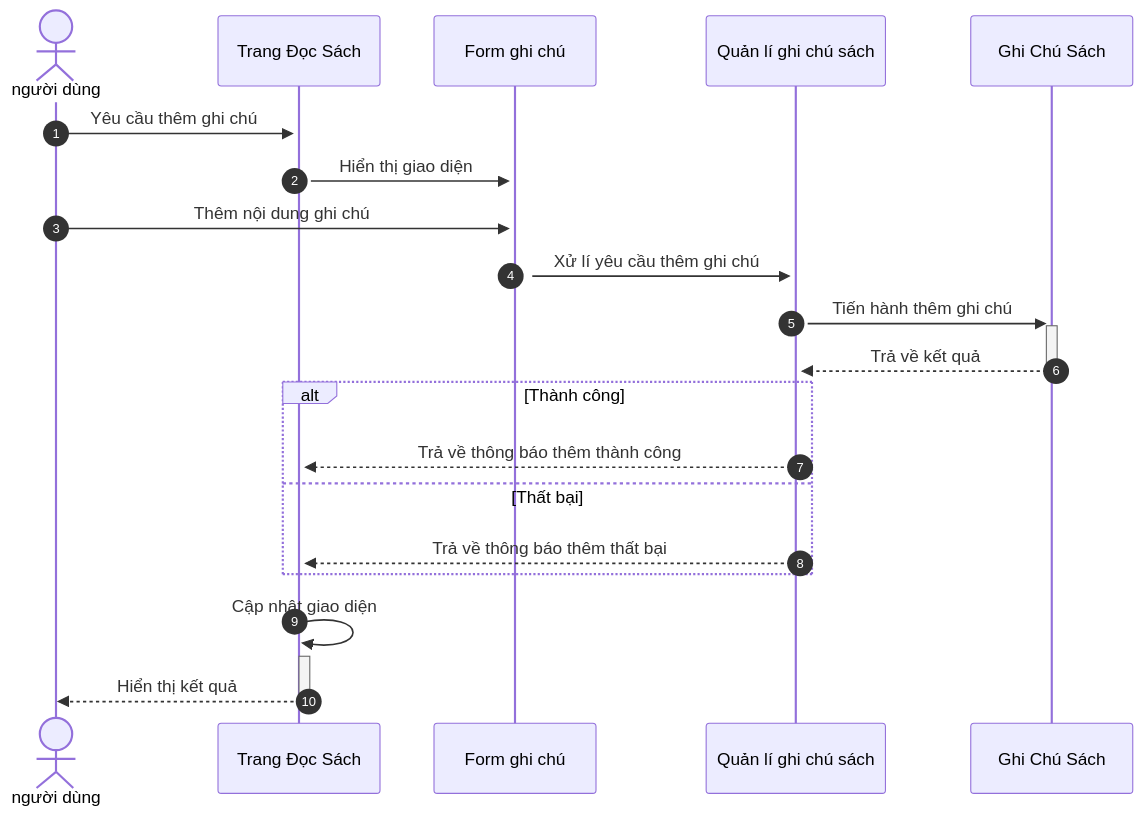
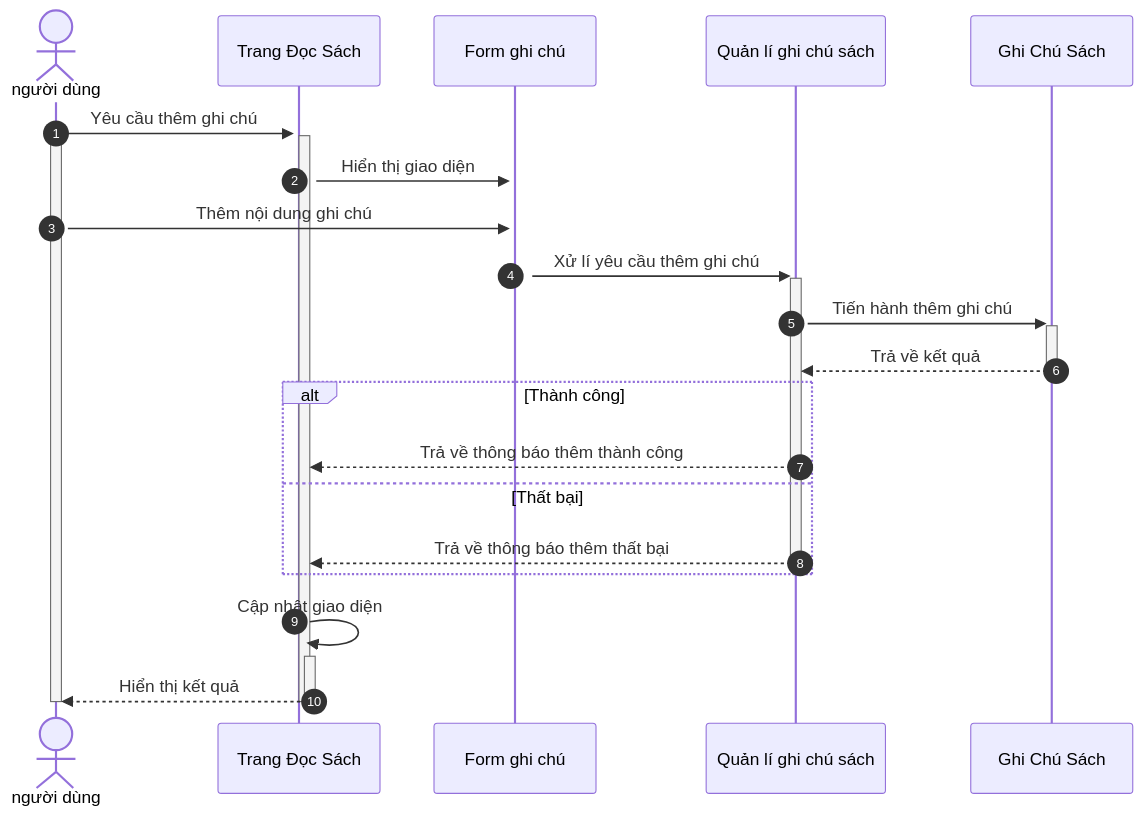
Before and after one commit to LienNTB/sequence-Mori: the diagram in .document/sequence/NguoiDung/QuanLiGhiChu/ThemGhiChu.md, drawn with Mermaid. The commit also changed 8 other files, not shown here.

````diff
--- a/.document/sequence/NguoiDung/QuanLiGhiChu/ThemGhiChu.md
+++ b/.document/sequence/NguoiDung/QuanLiGhiChu/ThemGhiChu.md
@@ -1,23 +1,27 @@
 ```mermaid
 sequenceDiagram
 actor user as người dùng
 participant ui as Trang Đọc Sách
 participant ui1 as Form ghi chú
 participant manage as Quản lí ghi chú sách
 participant db as Ghi Chú Sách
 autonumber
 
 user->>+ui: Yêu cầu thêm ghi chú
+activate user
+activate ui
 ui->>+ui1: Hiển thị giao diện
 user->>+ui1: Thêm nội dung ghi chú
 ui1->>+manage: Xử lí yêu cầu thêm ghi chú
 manage->>+db: Tiến hành thêm ghi chú
 db-->>-manage:Trả về kết quả
 alt Thành công
   manage-->>ui:Trả về thông báo thêm thành công
 else Thất bại
-  manage-->>ui:Trả về thông báo thêm thất bại
+  manage-->>-ui:Trả về thông báo thêm thất bại
 end
 ui->>+ui: Cập nhật giao diện
 ui-->>-user: Hiển thị kết quả
+deactivate ui
+deactivate user
 ```
````
